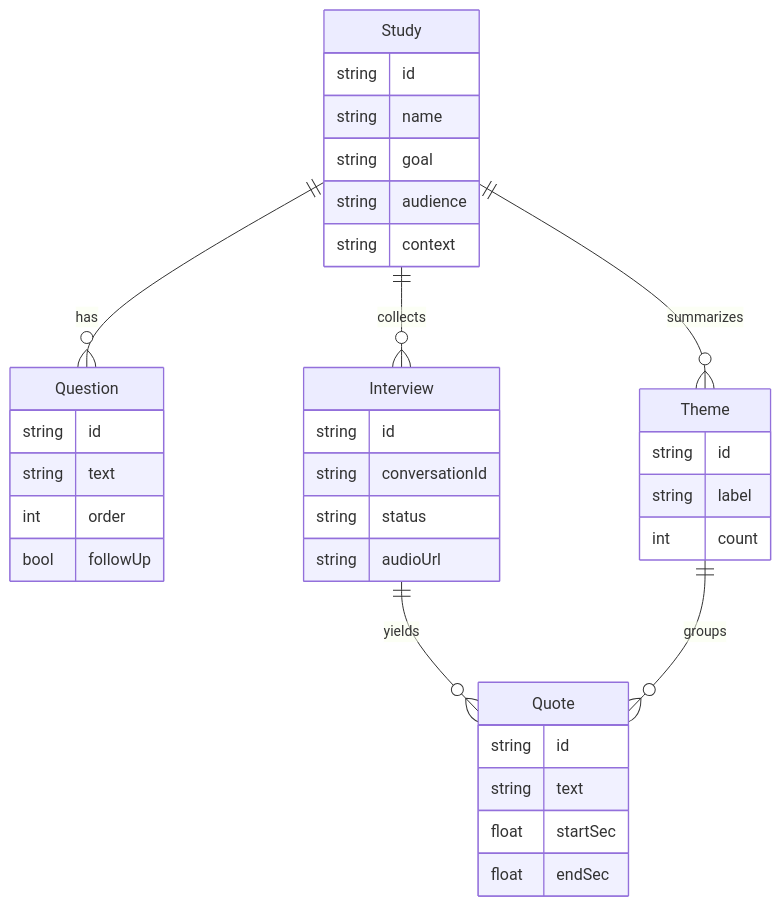
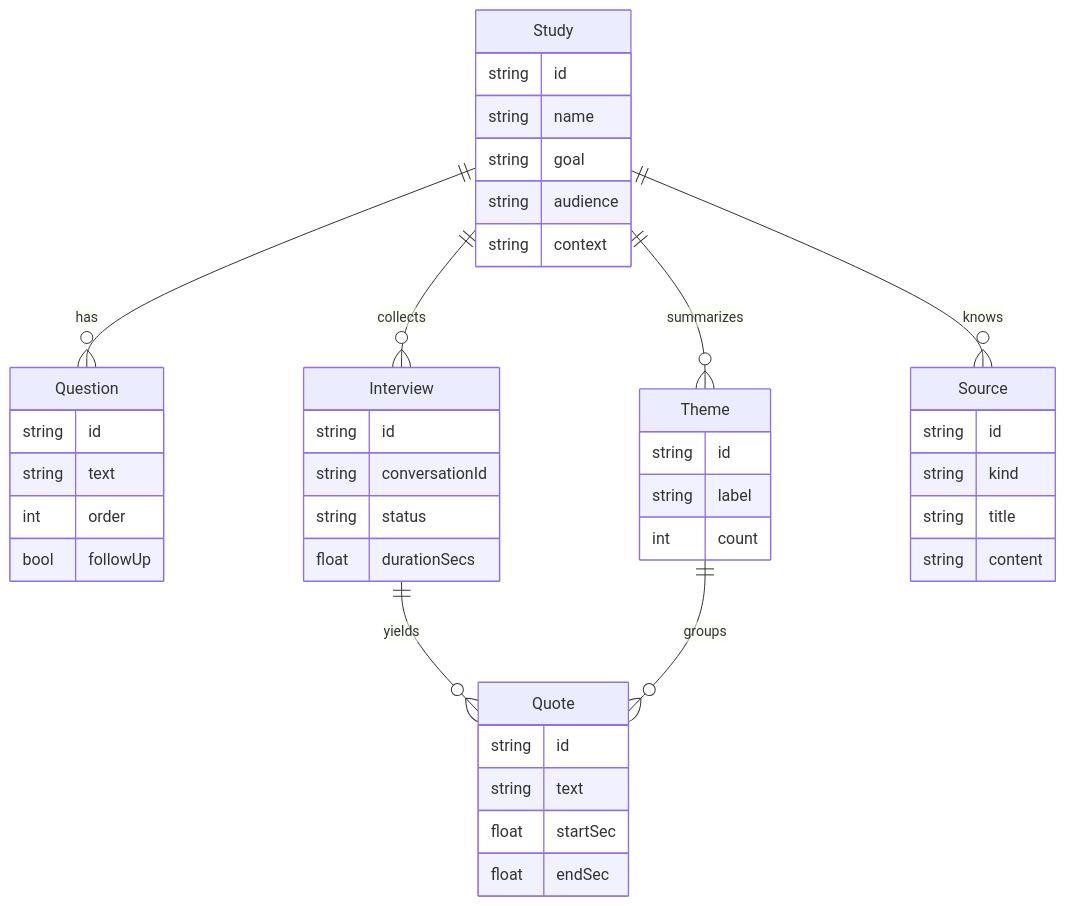
Before and after one commit to rickytang666/mira: the third of 3 diagrams in docs/TECH.md, drawn with Mermaid. The commit also changed other lines of this file and 1 other file, not shown here.

````diff
--- a/docs/TECH.md
+++ b/docs/TECH.md
@@ -64,14 +63,16 @@
 ```mermaid
 erDiagram
   Study ||--o{ Question : has
   Study ||--o{ Interview : collects
   Interview ||--o{ Quote : yields
   Study ||--o{ Theme : summarizes
   Theme ||--o{ Quote : groups
+  Study ||--o{ Source : knows
 
   Study { string id string name string goal string audience string context }
   Question { string id string text int order bool followUp }
-  Interview { string id string conversationId string status string audioUrl }
+  Interview { string id string conversationId string status float durationSecs }
   Theme { string id string label int count }
   Quote { string id string text float startSec float endSec }
+  Source { string id string kind string title string content }
 ```
````
